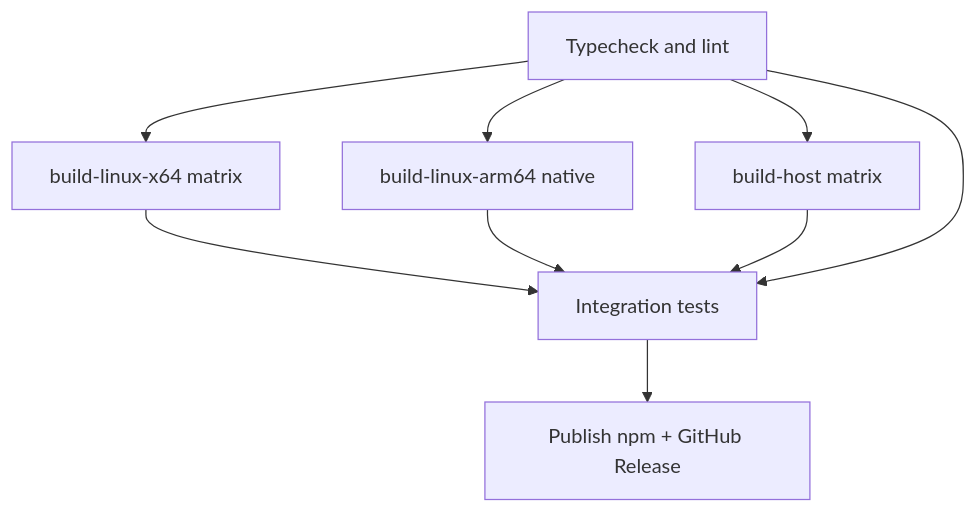
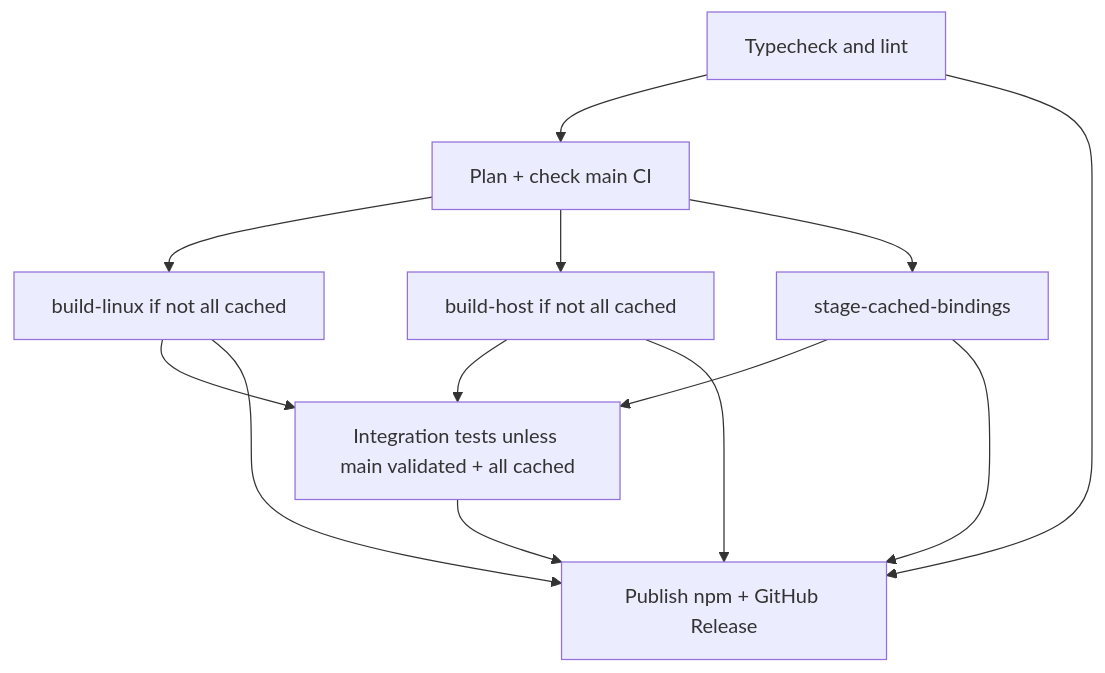
Before and after one commit to akirilyuk/node-webrtc-rust: the third of 3 diagrams in scripts/ci/README.md, drawn with Mermaid. The commit also changed other lines of this file and 10 other files, not shown here.

First line of the commit message:
feat(ci): plan per-target native builds and skip redundant release work

````diff
--- a/scripts/ci/README.md
+++ b/scripts/ci/README.md
@@ -160,18 +164,23 @@
 ```mermaid
 flowchart TD
   quality[Typecheck and lint]
-  buildLinuxX64[build-linux-x64 matrix]
-  buildLinuxArm64[build-linux-arm64 native]
-  buildHost[build-host matrix]
-  test[Integration tests]
+  plan[Plan + check main CI]
+  buildLinux[build-linux if not all cached]
+  buildHost[build-host if not all cached]
+  stage[stage-cached-bindings]
+  test[Integration tests unless main validated + all cached]
   publish[Publish npm + GitHub Release]
 
-  quality --> buildLinuxX64
-  quality --> buildLinuxArm64
-  quality --> buildHost
-  buildLinuxX64 --> test
-  buildLinuxArm64 --> test
+  quality --> plan
+  plan --> buildLinux
+  plan --> buildHost
+  plan --> stage
+  buildLinux --> test
   buildHost --> test
-  quality --> test
+  stage --> test
+  buildLinux --> publish
+  buildHost --> publish
+  stage --> publish
   test --> publish
+  quality --> publish
 ```
````
